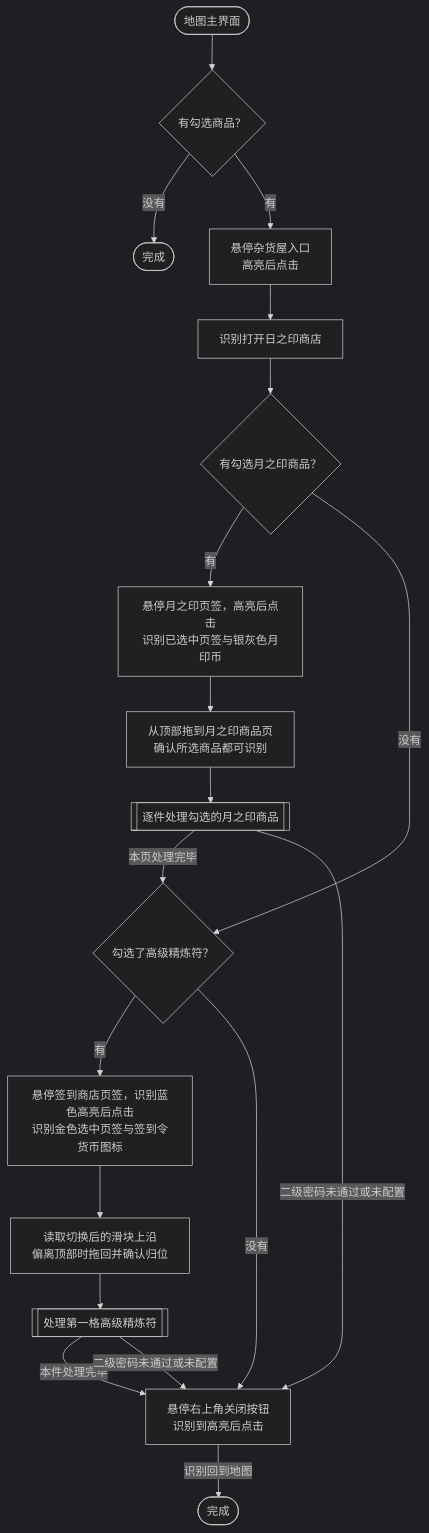
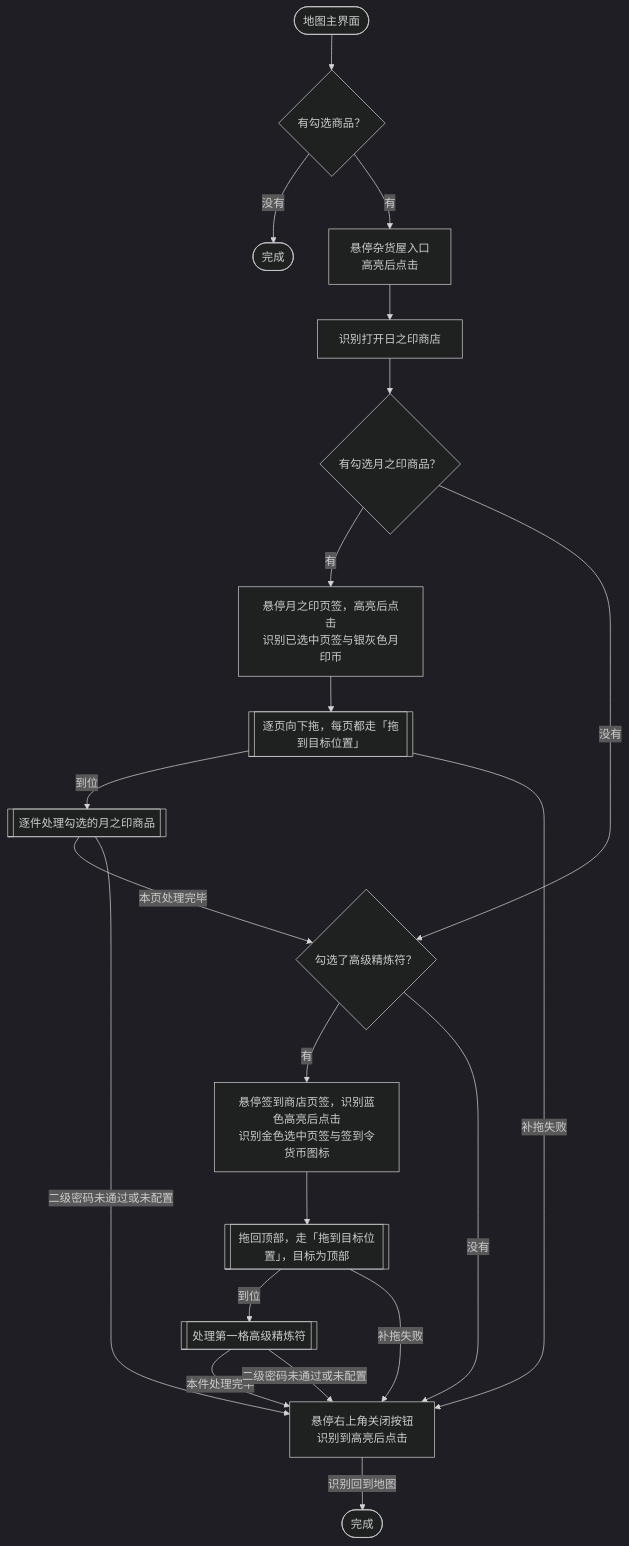
Before and after one commit to ArcherSore/MaaNOP: the first of 3 diagrams in docs/zh_cn/流程图/杂货铺.md, drawn with Mermaid (dark theme). The commit also changed other lines of this file and 2 other files, not shown here.

````diff
--- a/docs/zh_cn/流程图/杂货铺.md
+++ b/docs/zh_cn/流程图/杂货铺.md
@@ -7,21 +7,23 @@
 ```mermaid
 flowchart TD
     Start([地图主界面]) --> Selected{"有勾选商品？"}
     Selected -->|没有| Empty([完成])
     Selected -->|有| Open["悬停杂货屋入口<br/>高亮后点击"]
     Open --> Day["识别打开日之印商店"]
     Day --> Moon{"有勾选月之印商品？"}
     Moon -->|有| MoonTab["悬停月之印页签，高亮后点击<br/>识别已选中页签与银灰色月印币"]
-    MoonTab --> MoonPage["从顶部拖到月之印商品页<br/>确认所选商品都可识别"]
-    MoonPage --> MoonBuy[["逐件处理勾选的月之印商品"]]
+    MoonTab --> MoonDrag[["逐页向下拖，每页都走「拖到目标位置」"]]
+    MoonDrag -->|到位| MoonBuy[["逐件处理勾选的月之印商品"]]
+    MoonDrag -->|补拖失败| Close
     MoonBuy -->|本页处理完毕| SignIn
     Moon -->|没有| SignIn{"勾选了高级精炼符？"}
     SignIn -->|有| SignTab["悬停签到商店页签，识别蓝色高亮后点击<br/>识别金色选中页签与签到令货币图标"]
-    SignTab --> SignTop["读取切换后的滑块上沿<br/>偏离顶部时拖回并确认归位"]
-    SignTop --> SignBuy[["处理第一格高级精炼符"]]
+    SignTab --> SignTop[["拖回顶部，走「拖到目标位置」，目标为顶部"]]
+    SignTop -->|到位| SignBuy[["处理第一格高级精炼符"]]
+    SignTop -->|补拖失败| Close
     SignBuy -->|本件处理完毕| Close
     SignIn -->|没有| Close["悬停右上角关闭按钮<br/>识别到高亮后点击"]
     MoonBuy -->|二级密码未通过或未配置| Close
     SignBuy -->|二级密码未通过或未配置| Close
     Close -->|识别回到地图| Done([完成])
 ```
````
